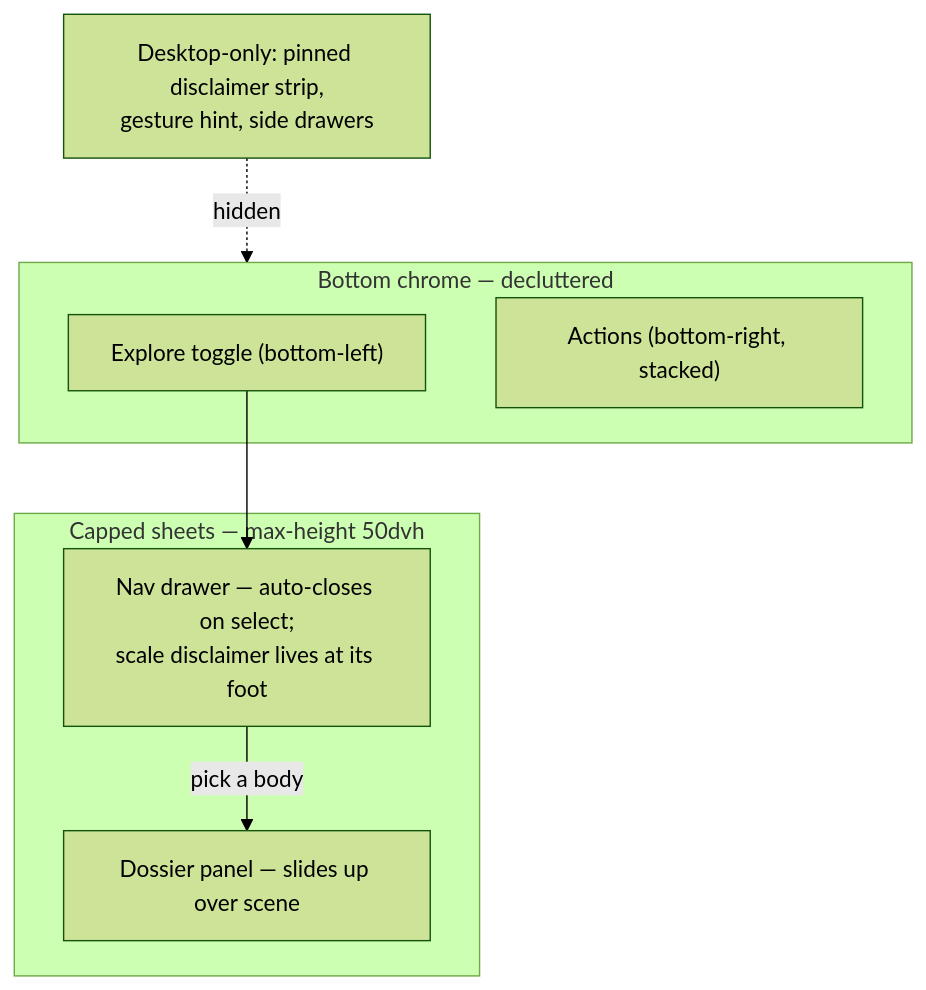
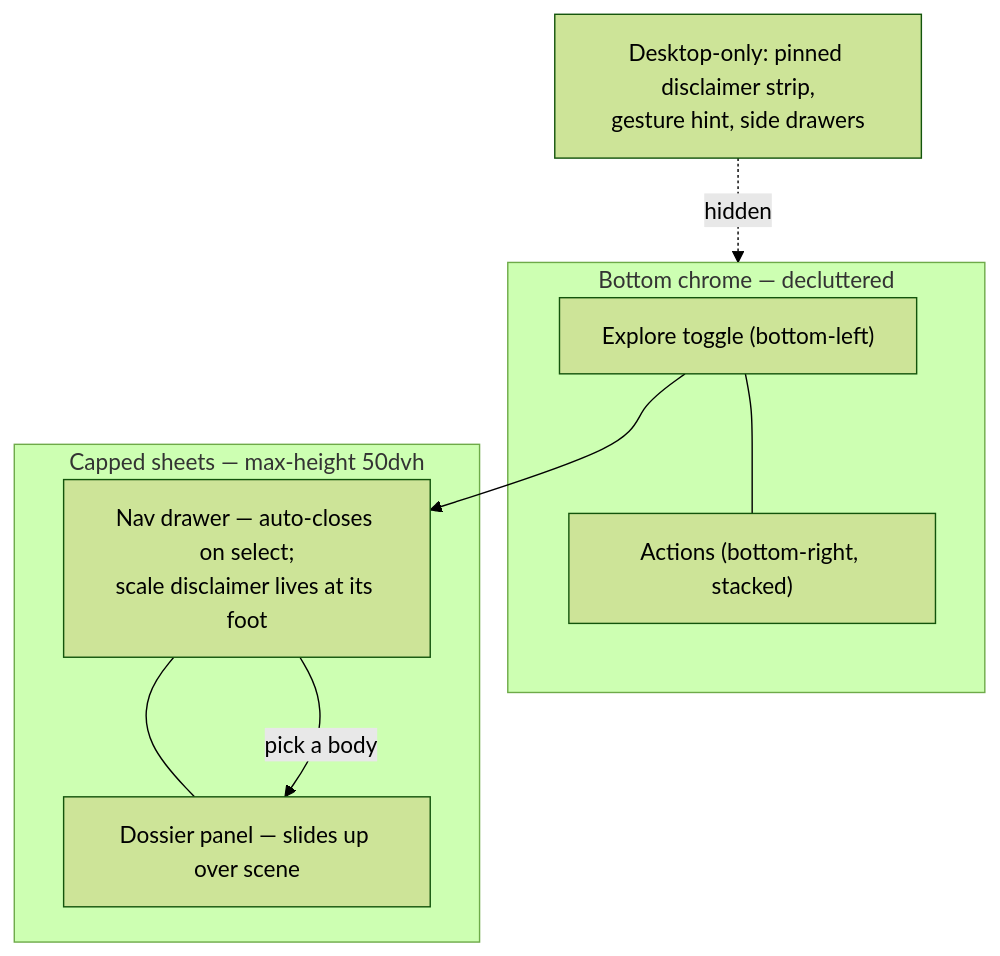
The eighth of 8 diagrams in docs/architecture/star-field.md (LuisKrotz/luiskr.com-V3-shared), drawn with Mermaid (forest theme) before and after one commit. The commit also changed other lines of this file and 24 other files, not shown here.

First line of the commit message:
feat: live-translated locale pages at public paths + vertical mermaid

````diff
--- a/docs/architecture/star-field.md
+++ b/docs/architecture/star-field.md
@@ -361,14 +311,16 @@
 ```mermaid
 flowchart TB
     subgraph chrome["Bottom chrome — decluttered"]
         TOG["Explore toggle (bottom-left)"]
         ACT["Actions (bottom-right, stacked)"]
+        TOG --- ACT
     end
     subgraph sheets["Capped sheets — max-height 50dvh"]
         NAV["Nav drawer — auto-closes on select;<br/>scale disclaimer lives at its foot"]
         PAN["Dossier panel — slides up over scene"]
+        NAV --- PAN
     end
     TOG --> NAV
     NAV -->|"pick a body"| PAN
     DESK["Desktop-only: pinned disclaimer strip,<br/>gesture hint, side drawers"] -.->|"hidden"| chrome
 ```
````
